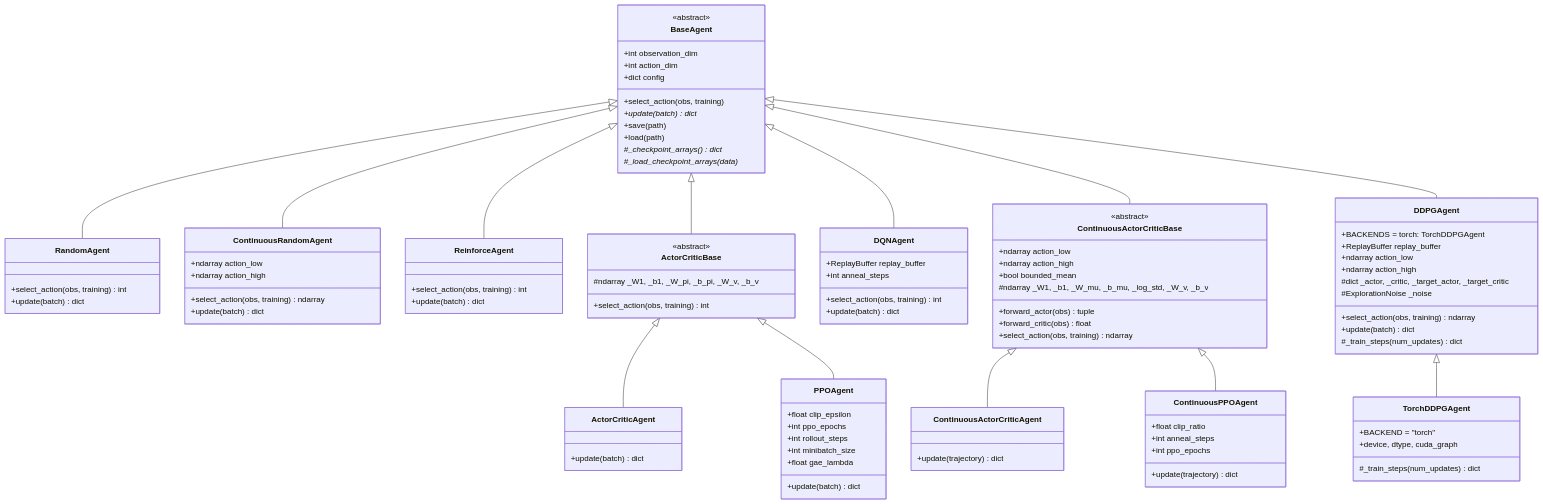
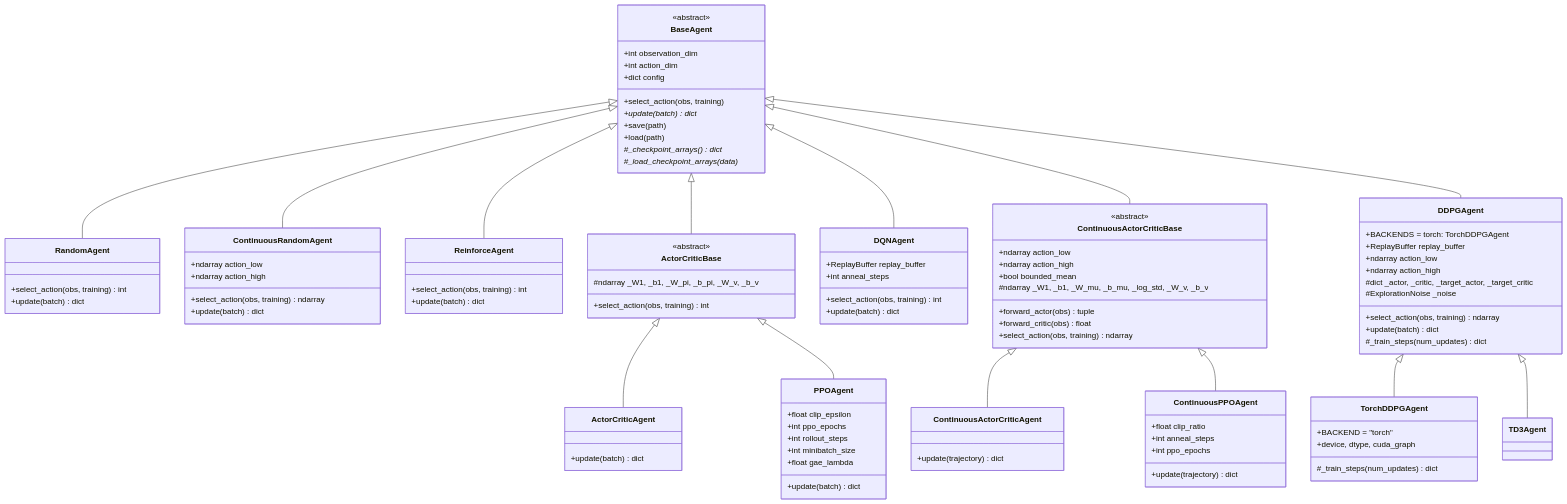
The second of 3 diagrams in ARCHITECTURE.md (andreijw/AI), drawn with Mermaid before and after one commit. The commit also changed other lines of this file and 23 other files, not shown here.

````diff
--- a/ARCHITECTURE.md
+++ b/ARCHITECTURE.md
@@ -253,4 +256,5 @@
     ContinuousActorCriticBase <|-- ContinuousPPOAgent
     BaseAgent <|-- DDPGAgent
     DDPGAgent <|-- TorchDDPGAgent
+    DDPGAgent <|-- TD3Agent
 ```
````
